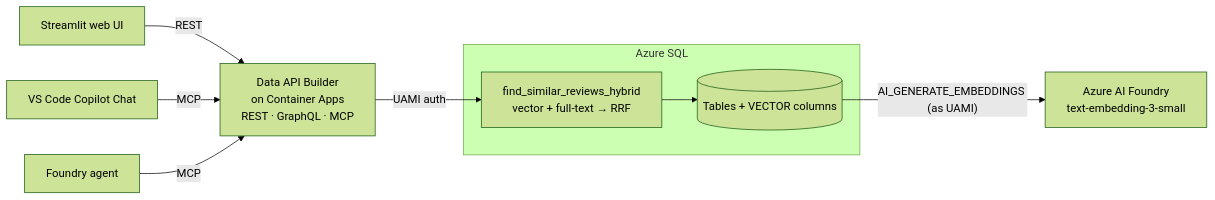
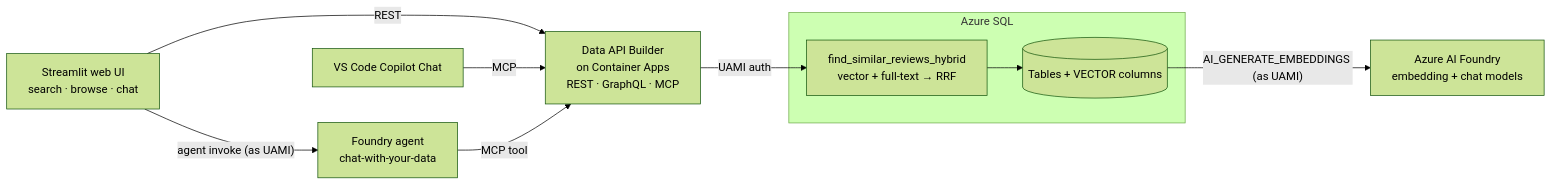
One commit to benkarabinus/data-api-builder-sample changed the diagram in README.md. Above: the diagram before and after it, drawn with Mermaid (forest theme). The commit also changed other lines of this file and 19 other files, not shown here.

Commit message:
Update to add agent framework Foundry hosted agent accessible through web UI

````diff
--- a/README.md
+++ b/README.md
@@ -41,19 +43,20 @@
 ```mermaid
 flowchart LR
     subgraph SQL["Azure SQL"]
       T[(Tables + VECTOR columns)]
       SP["find_similar_reviews_hybrid<br/>vector + full-text → RRF"]
     end
-    F["Azure AI Foundry<br/>text-embedding-3-small"]
+    F["Azure AI Foundry<br/>embedding + chat models"]
+    AGENT["Foundry agent<br/>chat-with-your-data"]
     DAB["Data API Builder<br/>on Container Apps<br/>REST · GraphQL · MCP"]
-    WEB["Streamlit web UI"]
+    WEB["Streamlit web UI<br/>search · browse · chat"]
     COPILOT["VS Code Copilot Chat"]
-    AGENT["Foundry agent"]
 
     T -- "AI_GENERATE_EMBEDDINGS (as UAMI)" --> F
     SP --> T
     DAB -- "UAMI auth" --> SP
     WEB -- REST --> DAB
+    WEB -- "agent invoke (as UAMI)" --> AGENT
     COPILOT -- MCP --> DAB
-    AGENT -- MCP --> DAB
+    AGENT -- "MCP tool" --> DAB
 ```
````
